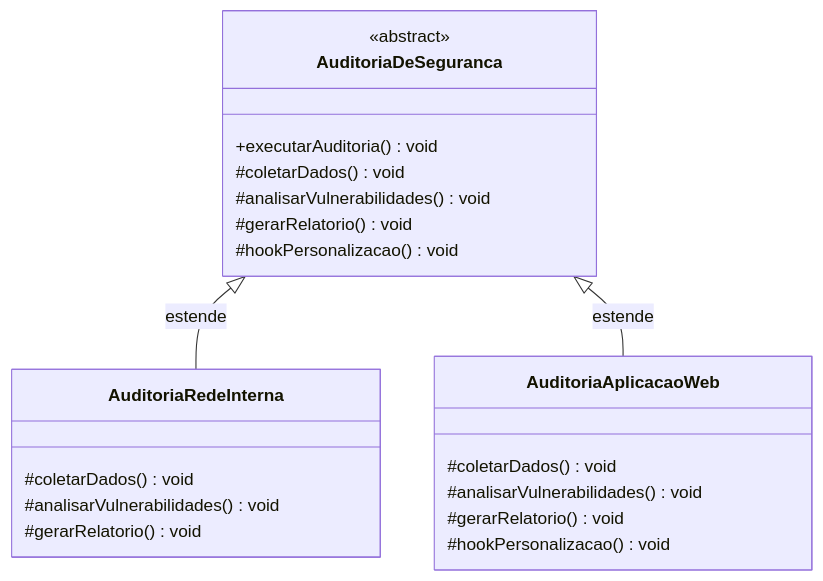
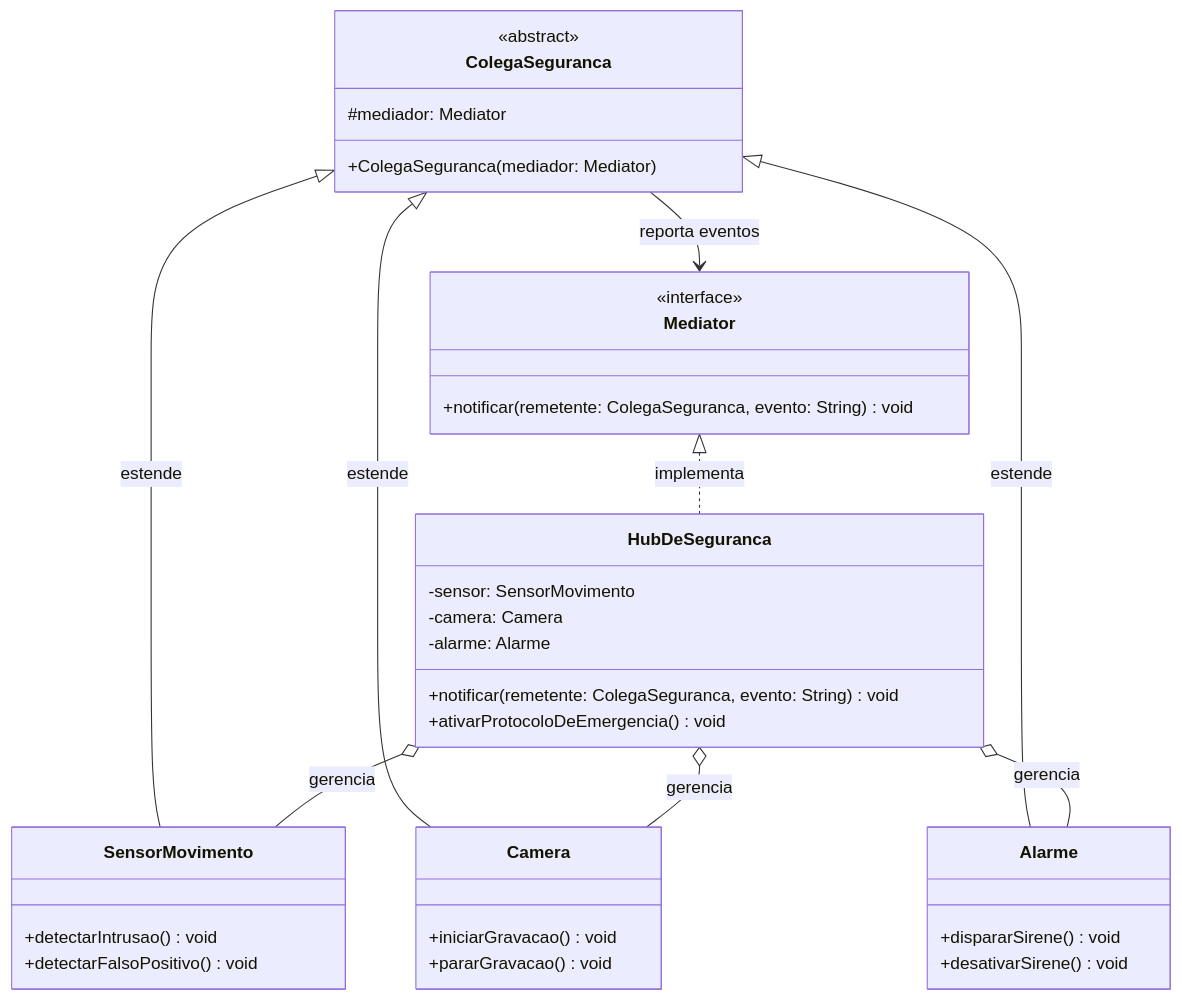
The diagram in README.md (mbarros-ux/Padrao-Mediator), drawn with Mermaid before and after one commit. The commit also changed other lines of this file, not shown here.

````diff
--- a/README.md
+++ b/README.md
@@ -37,27 +44,47 @@
 ```mermaid
 classDiagram
-    class AuditoriaDeSeguranca {
-        <<abstract>>
-        +executarAuditoria() void
-        #coletarDados() void
-        #analisarVulnerabilidades() void
-        #gerarRelatorio() void
-        #hookPersonalizacao() void
+    class Mediator {
+        <<interface>>
+        +notificar(remetente: ColegaSeguranca, evento: String) void
     }
 
-    class AuditoriaRedeInterna {
-        #coletarDados() void
-        #analisarVulnerabilidades() void
-        #gerarRelatorio() void
+    class HubDeSeguranca {
+        -sensor: SensorMovimento
+        -camera: Camera
+        -alarme: Alarme
+        +notificar(remetente: ColegaSeguranca, evento: String) void
+        +ativarProtocoloDeEmergencia() void
     }
 
-    class AuditoriaAplicacaoWeb {
-        #coletarDados() void
-        #analisarVulnerabilidades() void
-        #gerarRelatorio() void
-        #hookPersonalizacao() void
+    class ColegaSeguranca {
+        <<abstract>>
+        #mediador: Mediator
+        +ColegaSeguranca(mediador: Mediator)
     }
 
-    AuditoriaDeSeguranca <|-- AuditoriaRedeInterna : estende
-    AuditoriaDeSeguranca <|-- AuditoriaAplicacaoWeb : estende
+    class SensorMovimento {
+        +detectarIntrusao() void
+        +detectarFalsoPositivo() void
+    }
+
+    class Camera {
+        +iniciarGravacao() void
+        +pararGravacao() void
+    }
+
+    class Alarme {
+        +dispararSirene() void
+        +desativarSirene() void
+    }
+
+    Mediator <|.. HubDeSeguranca : implementa
+    ColegaSeguranca <|-- SensorMovimento : estende
+    ColegaSeguranca <|-- Camera : estende
+    ColegaSeguranca <|-- Alarme : estende
+    
+    HubDeSeguranca o-- SensorMovimento : gerencia
+    HubDeSeguranca o-- Camera : gerencia
+    HubDeSeguranca o-- Alarme : gerencia
+    
+    ColegaSeguranca --> Mediator : reporta eventos
 ```
````
